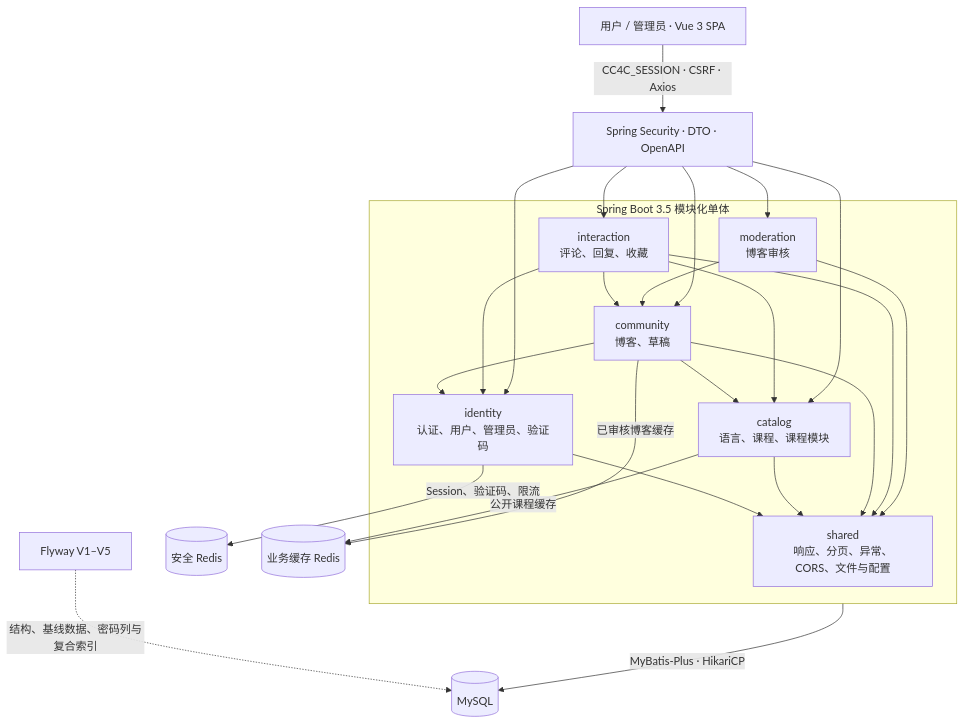
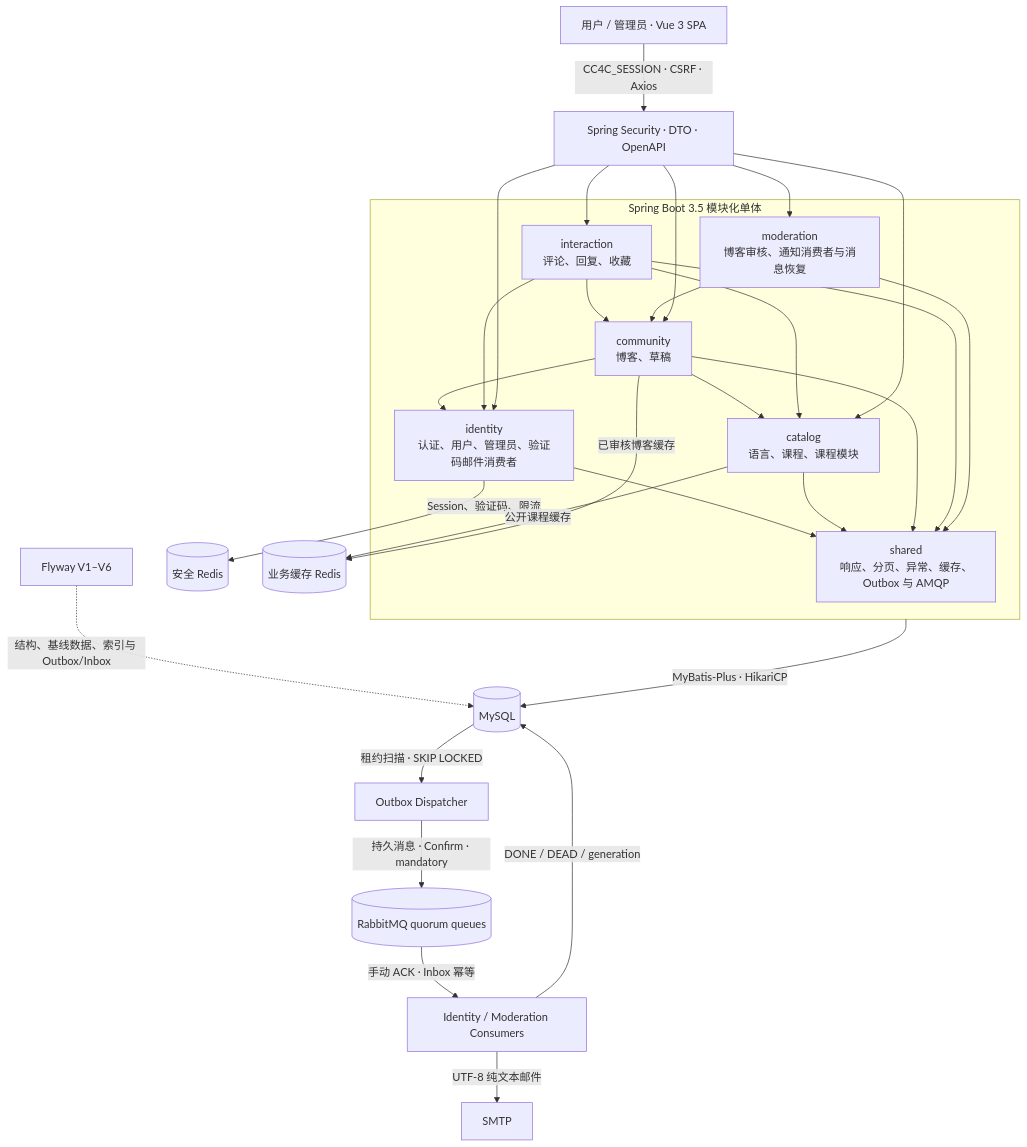
Before and after one commit to Jaily16/CC4C: the diagram in README.md, drawn with Mermaid. The commit also changed other lines of this file and 76 other files, not shown here.

````diff
--- a/README.md
+++ b/README.md
@@ -119,36 +120,41 @@
 ```mermaid
 flowchart TB
     Browser[用户 / 管理员 · Vue 3 SPA] -->|CC4C_SESSION · CSRF · Axios| HTTP[Spring Security · DTO · OpenAPI]
 
     subgraph Backend[Spring Boot 3.5 模块化单体]
-        Shared[shared<br/>响应、分页、异常、CORS、文件与配置]
-        Identity[identity<br/>认证、用户、管理员、验证码]
+        Shared[shared<br/>响应、分页、异常、缓存、Outbox 与 AMQP]
+        Identity[identity<br/>认证、用户、管理员、验证码邮件消费者]
         Catalog[catalog<br/>语言、课程、课程模块]
         Community[community<br/>博客、草稿]
         Interaction[interaction<br/>评论、回复、收藏]
-        Moderation[moderation<br/>博客审核]
+        Moderation[moderation<br/>博客审核、通知消费者与消息恢复]
 
         Identity --> Shared
         Catalog --> Shared
         Community --> Shared
         Community --> Identity
         Community --> Catalog
         Interaction --> Shared
         Interaction --> Identity
         Interaction --> Catalog
         Interaction --> Community
         Moderation --> Shared
         Moderation --> Community
     end
 
     HTTP --> Identity
     HTTP --> Catalog
     HTTP --> Community
     HTTP --> Interaction
     HTTP --> Moderation
     Backend -->|MyBatis-Plus · HikariCP| DB[(MySQL)]
+    DB -->|租约扫描 · SKIP LOCKED| Dispatcher[Outbox Dispatcher]
+    Dispatcher -->|持久消息 · Confirm · mandatory| Rabbit[(RabbitMQ quorum queues)]
+    Rabbit -->|手动 ACK · Inbox 幂等| Consumers[Identity / Moderation Consumers]
+    Consumers -->|UTF-8 纯文本邮件| SMTP[SMTP]
+    Consumers -->|DONE / DEAD / generation| DB
     Identity -->|Session、验证码、限流| SecurityRedis[(安全 Redis)]
     Catalog -->|公开课程缓存| BusinessRedis[(业务缓存 Redis)]
     Community -->|已审核博客缓存| BusinessRedis
-    Flyway[Flyway V1–V5] -. 结构、基线数据、密码列与复合索引 .-> DB
+    Flyway[Flyway V1–V6] -. 结构、基线数据、索引与 Outbox/Inbox .-> DB
 ```
````
